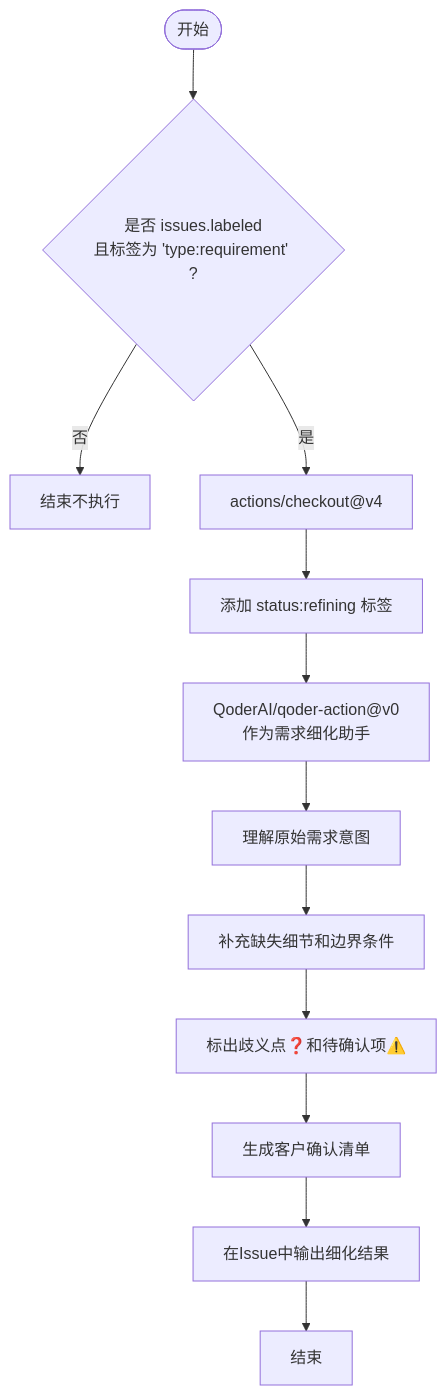
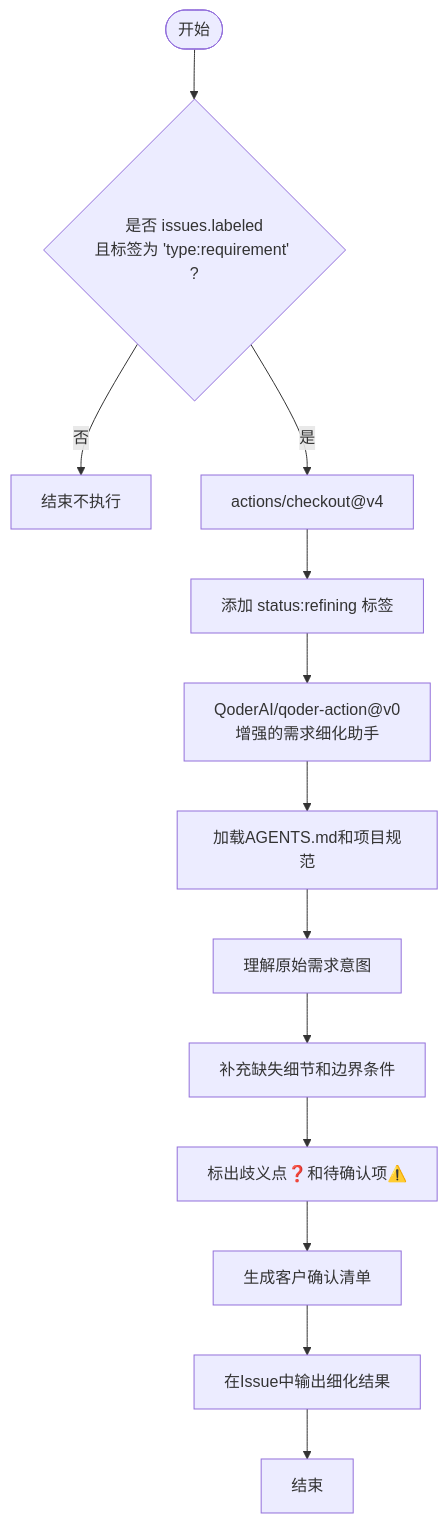
The seventh of 12 diagrams in .qoder/repowiki/zh/content/部署运维/CI_CD工作流配置.md (Seiano/hj-admin), drawn with Mermaid before and after one commit. The commit also changed other lines of this file and 8 other files, not shown here.

````diff
--- a/.qoder/repowiki/zh/content/部署运维/CI_CD工作流配置.md
+++ b/.qoder/repowiki/zh/content/部署运维/CI_CD工作流配置.md
@@ -420,14 +446,15 @@
 ```mermaid
 flowchart TD
 Start(["开始"]) --> Trigger{"是否 issues.labeled<br/>且标签为 'type:requirement' ?"}
 Trigger --> |否| EndNo["结束不执行"]
 Trigger --> |是| Checkout["actions/checkout@v4"]
 Checkout --> AddLabel["添加 status:refining 标签"]
-AddLabel --> Refine["QoderAI/qoder-action@v0<br/>作为需求细化助手"]
-Refine --> Analyze["理解原始需求意图"]
+AddLabel --> Refine["QoderAI/qoder-action@v0<br/>增强的需求细化助手"]
+Refine --> LoadContext["加载AGENTS.md和项目规范"]
+LoadContext --> Analyze["理解原始需求意图"]
 Analyze --> Detail["补充缺失细节和边界条件"]
 Detail --> Mark["标出歧义点❓和待确认项⚠️"]
 Mark --> CreateList["生成客户确认清单"]
 CreateList --> Output["在Issue中输出细化结果"]
 Output --> EndYes["结束"]
 ```
````
